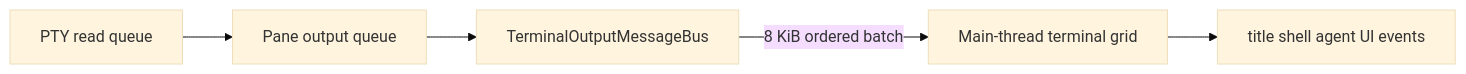
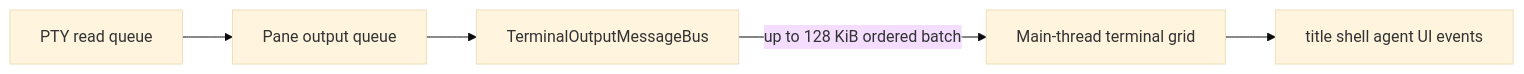
Before and after one commit to rambocode/aster: the third of 5 diagrams in docs/developer/terminal-domain.md, drawn with Mermaid (base theme). The commit also changed other lines of this file and 4 other files, not shown here.

````diff
--- a/docs/developer/terminal-domain.md
+++ b/docs/developer/terminal-domain.md
@@ -103,7 +105,7 @@
 ```mermaid
 flowchart LR
   P[PTY read queue] --> Q[Pane output queue]
   Q --> B[TerminalOutputMessageBus]
-  B -->|8 KiB ordered batch| M[Main-thread terminal grid]
+  B -->|up to 128 KiB ordered batch| M[Main-thread terminal grid]
   M --> E[title shell agent UI events]
 ```
````
